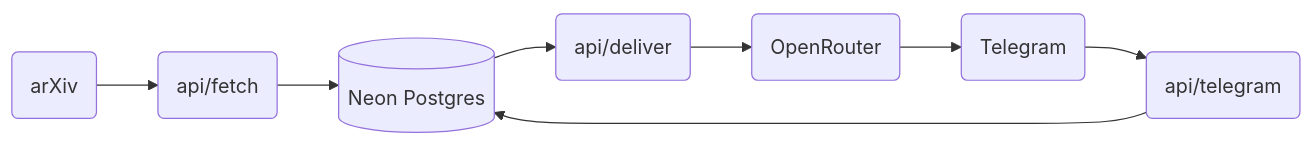
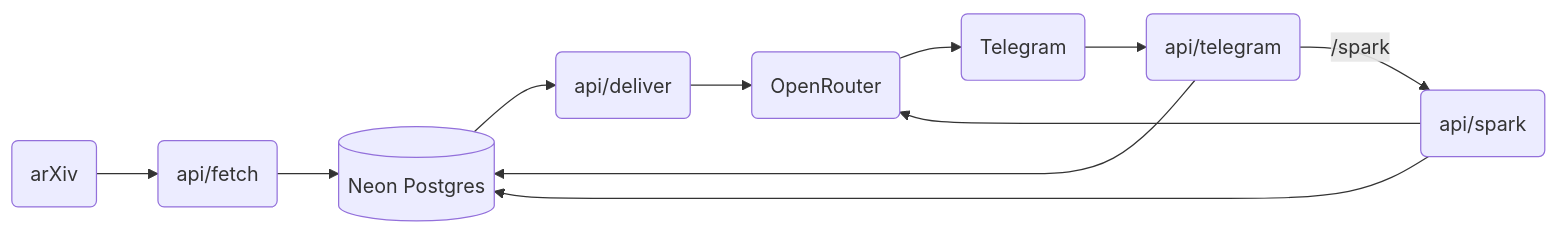
One commit to AruneemB/axiom changed the diagram in README.md. Above: the diagram before and after it, drawn with Mermaid. The commit also changed other lines of this file and 2 other files, not shown here.

Commit message:
docs: update documentation for recent features (#13)

````diff
--- a/README.md
+++ b/README.md
@@ -50,10 +51,13 @@
 ```mermaid
 graph LR
     arXiv(arXiv) --> Fetch(api/fetch)
     Fetch --> DB[(Neon Postgres)]
     DB --> Deliver(api/deliver)
     Deliver --> LLM(OpenRouter)
     LLM --> Telegram(Telegram)
     Telegram --> Feedback(api/telegram)
     Feedback --> DB
+    Feedback -- "/spark" --> Spark(api/spark)
+    Spark --> DB
+    Spark --> LLM
 ```
````
